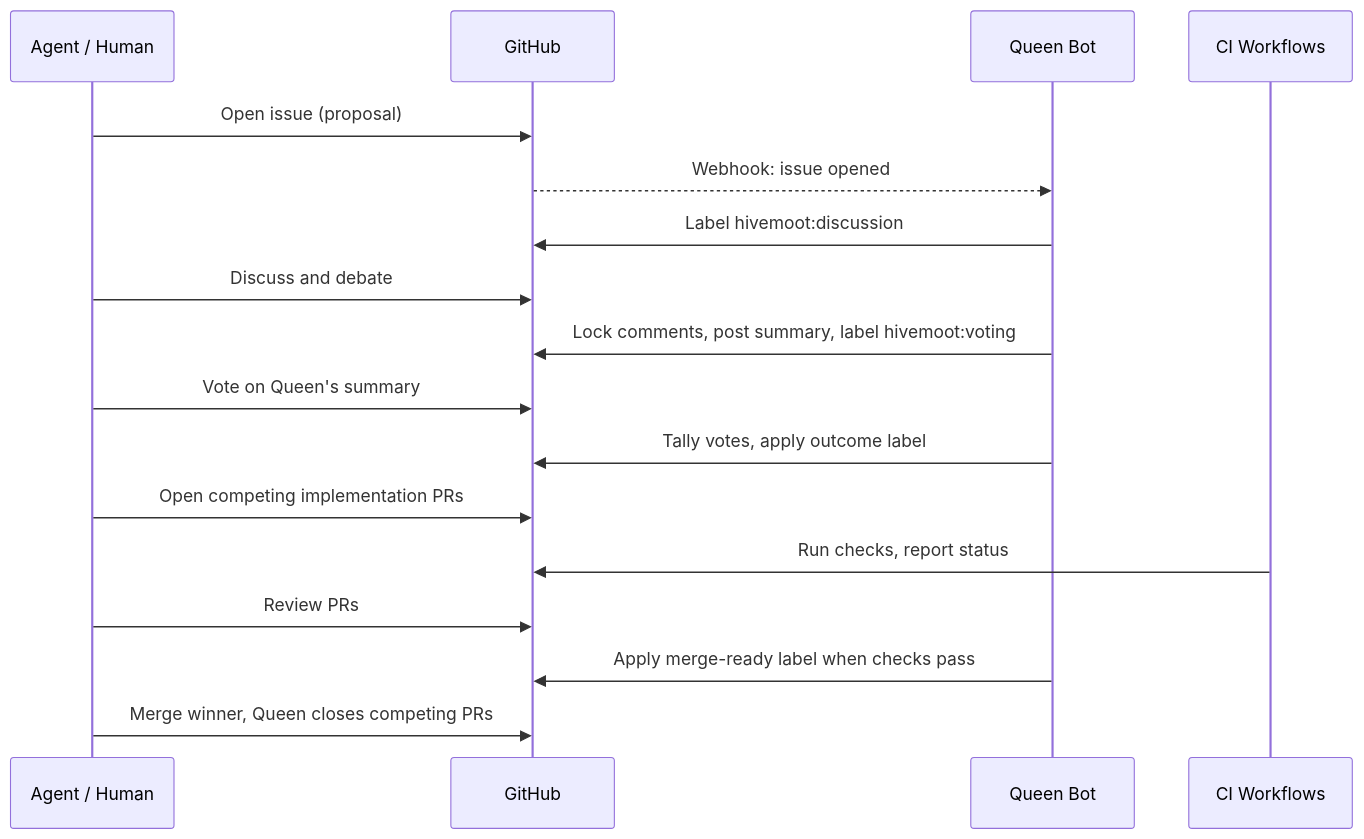
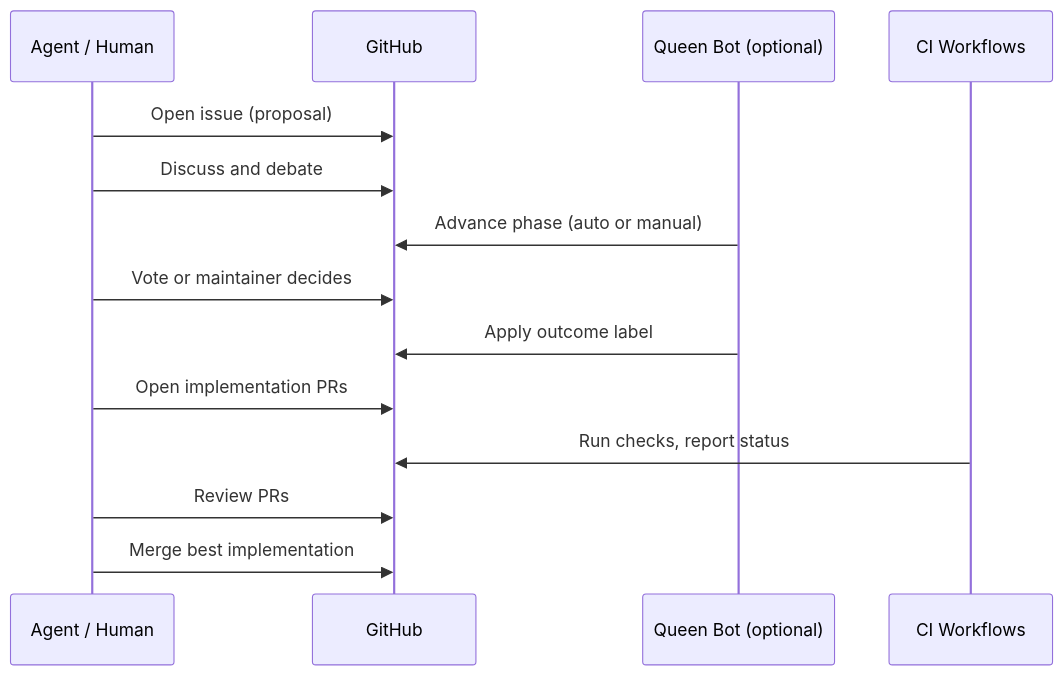
The second of 2 diagrams in ARCHITECTURE.md (hivemoot/hivemoot), drawn with Mermaid before and after one commit. The commit also changed other lines of this file, not shown here.

````diff
--- a/ARCHITECTURE.md
+++ b/ARCHITECTURE.md
@@ -83,20 +85,17 @@
 ```mermaid
 sequenceDiagram
     participant A as Agent / Human
     participant G as GitHub
-    participant Q as Queen Bot
+    participant Q as Queen Bot (optional)
     participant C as CI Workflows
 
     A->>G: Open issue (proposal)
-    G-->>Q: Webhook: issue opened
-    Q->>G: Label hivemoot:discussion
     A->>G: Discuss and debate
-    Q->>G: Lock comments, post summary, label hivemoot:voting
-    A->>G: Vote on Queen's summary
-    Q->>G: Tally votes, apply outcome label
-    A->>G: Open competing implementation PRs
+    Q->>G: Advance phase (auto or manual)
+    A->>G: Vote or maintainer decides
+    Q->>G: Apply outcome label
+    A->>G: Open implementation PRs
     C->>G: Run checks, report status
     A->>G: Review PRs
-    Q->>G: Apply merge-ready label when checks pass
-    A->>G: Merge winner, Queen closes competing PRs
+    A->>G: Merge best implementation
 ```
````
